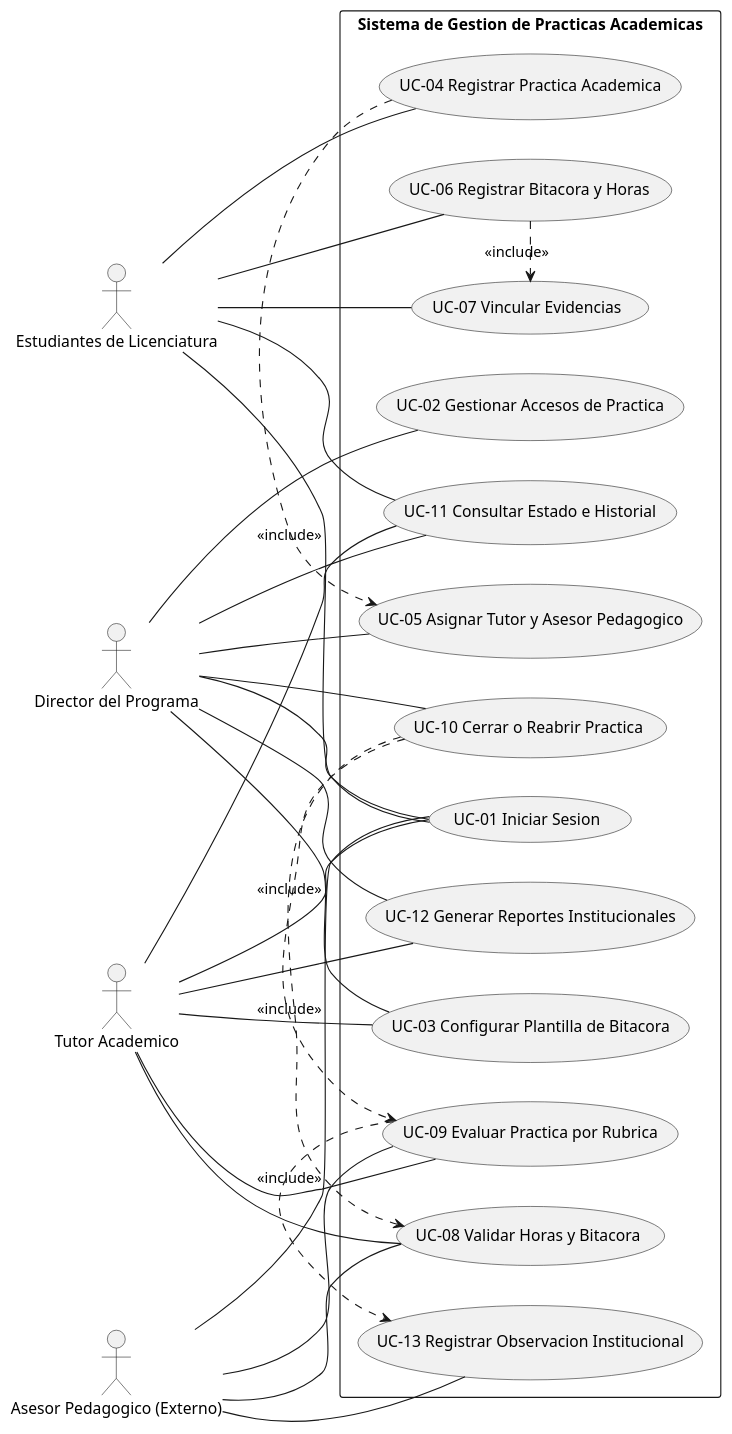
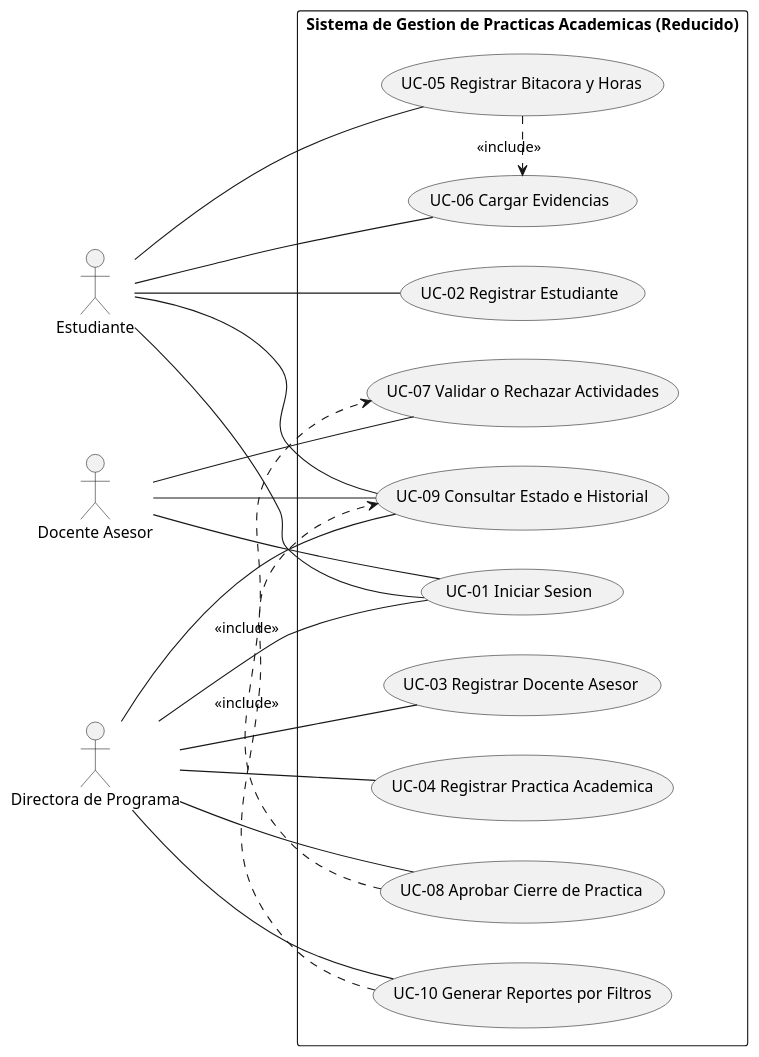
Before and after one commit to rcarreno4-dot/sigpra: the diagram in documentacion/casos_de_uso/DIAGRAMA_CASOS_USO_PRACTICAS.puml, drawn with PlantUML. The commit also changed 71 other files, not shown here.

```diff
--- a/documentacion/casos_de_uso/DIAGRAMA_CASOS_USO_PRACTICAS.puml
+++ b/documentacion/casos_de_uso/DIAGRAMA_CASOS_USO_PRACTICAS.puml
@@ -1,59 +1,44 @@
 @startuml
 left to right direction
 skinparam packageStyle rectangle
 skinparam shadowing false
 
-actor "Estudiantes de Licenciatura" as Estudiante
-actor "Tutor Academico" as Tutor
-actor "Director del Programa" as Director
-actor "Asesor Pedagogico (Externo)" as Asesor
+actor "Estudiante" as Estudiante
+actor "Docente Asesor" as Docente
+actor "Directora de Programa" as Directora
 
-rectangle "Sistema de Gestion de Practicas Academicas" {
+rectangle "Sistema de Gestion de Practicas Academicas (Reducido)" {
   usecase "UC-01 Iniciar Sesion" as UC01
-  usecase "UC-02 Gestionar Accesos de Practica" as UC02
-  usecase "UC-03 Configurar Plantilla de Bitacora" as UC03
+  usecase "UC-02 Registrar Estudiante" as UC02
+  usecase "UC-03 Registrar Docente Asesor" as UC03
   usecase "UC-04 Registrar Practica Academica" as UC04
-  usecase "UC-05 Asignar Tutor y Asesor Pedagogico" as UC05
-  usecase "UC-06 Registrar Bitacora y Horas" as UC06
-  usecase "UC-07 Vincular Evidencias" as UC07
-  usecase "UC-08 Validar Horas y Bitacora" as UC08
-  usecase "UC-09 Evaluar Practica por Rubrica" as UC09
-  usecase "UC-10 Cerrar o Reabrir Practica" as UC10
-  usecase "UC-11 Consultar Estado e Historial" as UC11
-  usecase "UC-12 Generar Reportes Institucionales" as UC12
-  usecase "UC-13 Registrar Observacion Institucional" as UC13
+  usecase "UC-05 Registrar Bitacora y Horas" as UC05
+  usecase "UC-06 Cargar Evidencias" as UC06
+  usecase "UC-07 Validar o Rechazar Actividades" as UC07
+  usecase "UC-08 Aprobar Cierre de Practica" as UC08
+  usecase "UC-09 Consultar Estado e Historial" as UC09
+  usecase "UC-10 Generar Reportes por Filtros" as UC10
 }
 
 Estudiante -- UC01
-Estudiante -- UC04
+Estudiante -- UC02
+Estudiante -- UC05
 Estudiante -- UC06
-Estudiante -- UC07
-Estudiante -- UC11
+Estudiante -- UC09
 
-Tutor -- UC01
-Tutor -- UC03
-Tutor -- UC08
-Tutor -- UC09
-Tutor -- UC11
-Tutor -- UC12
+Docente -- UC01
+Docente -- UC07
+Docente -- UC09
 
-Director -- UC01
-Director -- UC02
-Director -- UC03
-Director -- UC05
-Director -- UC10
-Director -- UC11
-Director -- UC12
+Directora -- UC01
+Directora -- UC03
+Directora -- UC04
+Directora -- UC08
+Directora -- UC09
+Directora -- UC10
 
-Asesor -- UC01
-Asesor -- UC08
-Asesor -- UC09
-Asesor -- UC13
-
-UC04 .> UC05 : <<include>>
-UC06 .> UC07 : <<include>>
+UC05 .> UC06 : <<include>>
+UC08 .> UC07 : <<include>>
 UC10 .> UC09 : <<include>>
-UC10 .> UC08 : <<include>>
-UC09 .> UC13 : <<include>>
 
 @enduml
```
